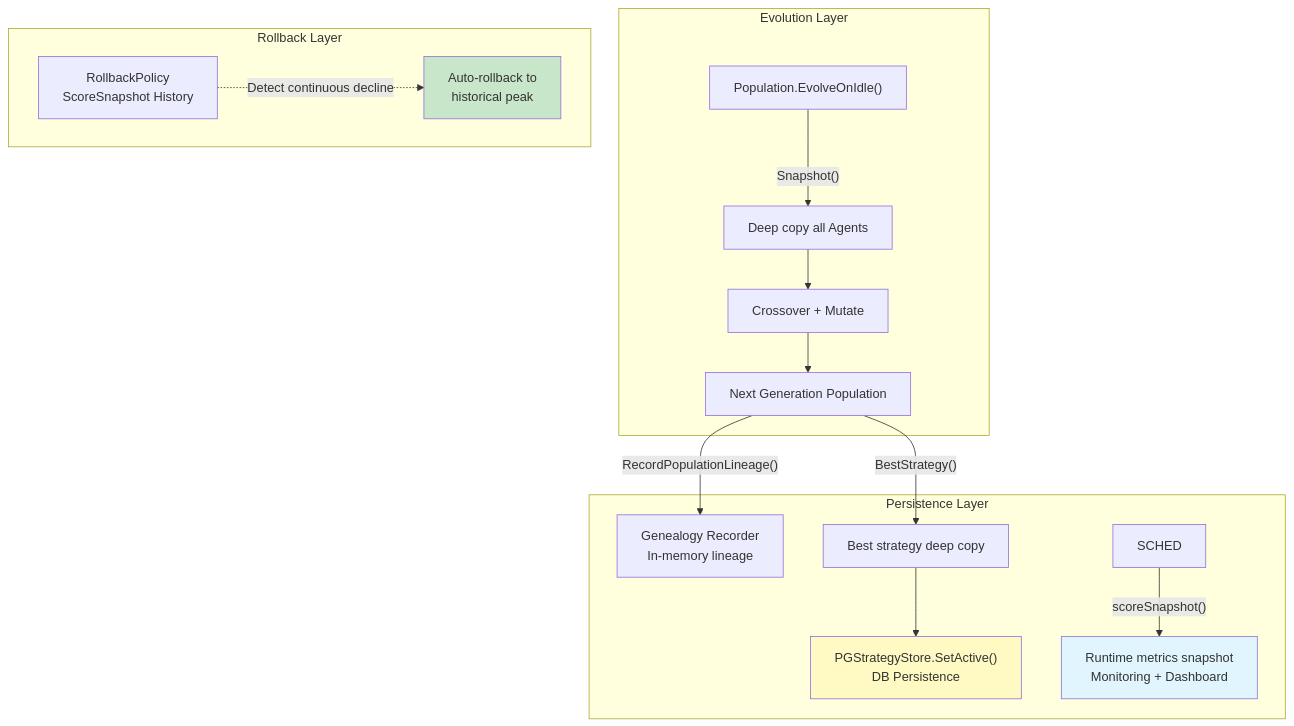
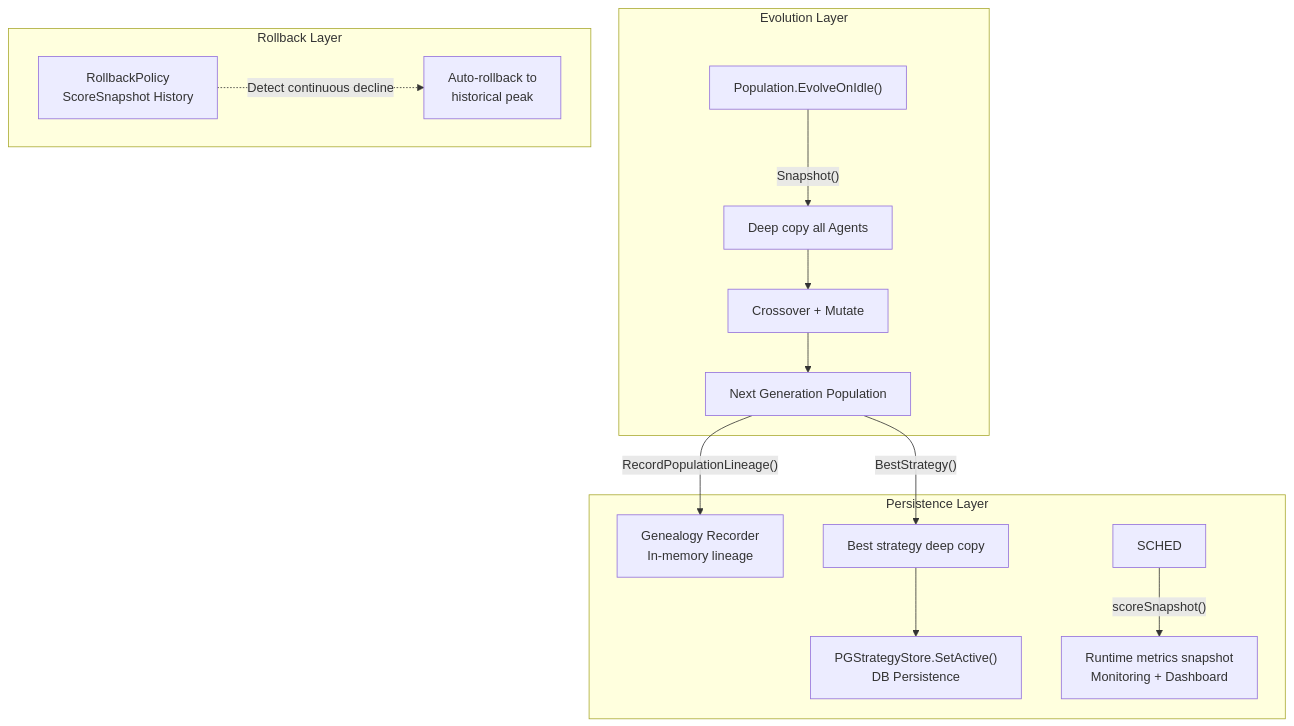
Before and after one commit to Timwood0x10/myblog: the fifth of 9 diagrams in content/log/ARES/11-autonomous-evolution-deep-dive.md, drawn with Mermaid. The commit also changed other lines of this file and 11 other files, not shown here.

Commit message:
refactor(theme): unify Mermaid chart theme styles

````diff
--- a/content/log/ARES/11-autonomous-evolution-deep-dive.md
+++ b/content/log/ARES/11-autonomous-evolution-deep-dive.md
@@ -1548,25 +1534,22 @@
 ```mermaid
 graph TD
     subgraph "Evolution Layer"
         POP["Population.EvolveOnIdle()"]
         POP --> |"Snapshot()"| SNAP["Deep copy all Agents"]
         SNAP --> CROSS["Crossover + Mutate"]
         CROSS --> NEXT["Next Generation Population"]
     end
 
     subgraph "Persistence Layer"
         NEXT --> |"RecordPopulationLineage()"| GENE["Genealogy Recorder<br/>In-memory lineage"]
         NEXT --> |"BestStrategy()"| BEST["Best strategy deep copy"]
         BEST --> STORE["PGStrategyStore.SetActive()<br/>DB Persistence"]
         SCHED --> |"scoreSnapshot()"| METRICS["Runtime metrics snapshot<br/>Monitoring + Dashboard"]
     end
 
     subgraph "Rollback Layer"
         POLICY["RollbackPolicy<br/>ScoreSnapshot History"]
         POLICY -.-> |"Detect continuous decline"| ROLLBACK["Auto-rollback to<br/>historical peak"]
     end
 
-    style STORE fill:#fff9c4
-    style METRICS fill:#e1f5fe
-    style ROLLBACK fill:#c8e6c9
 ```
````
